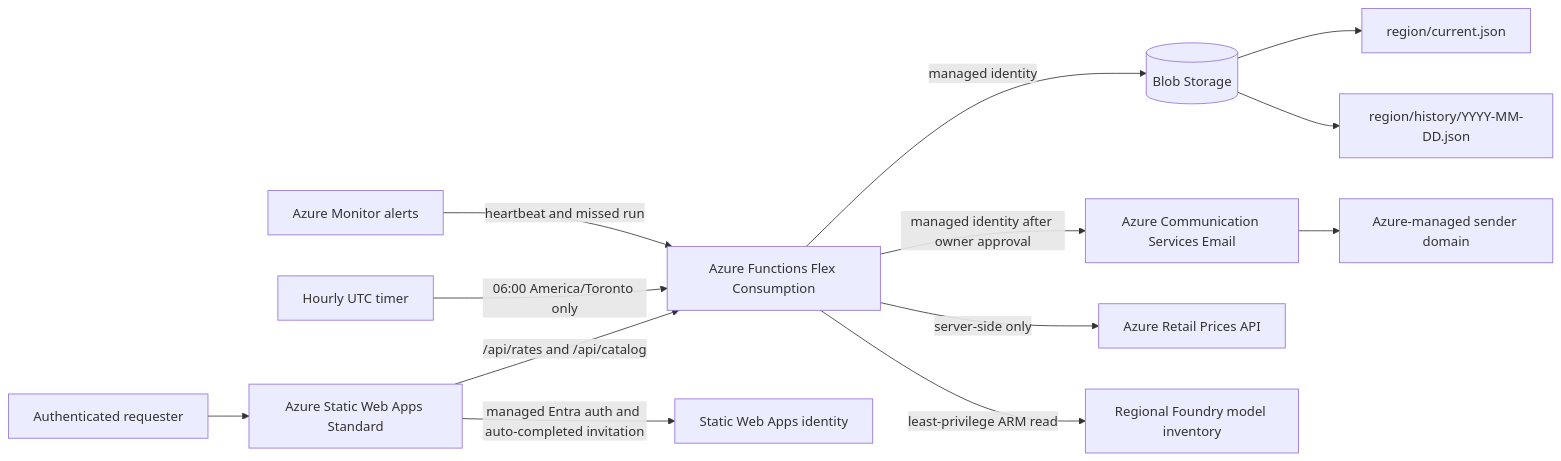
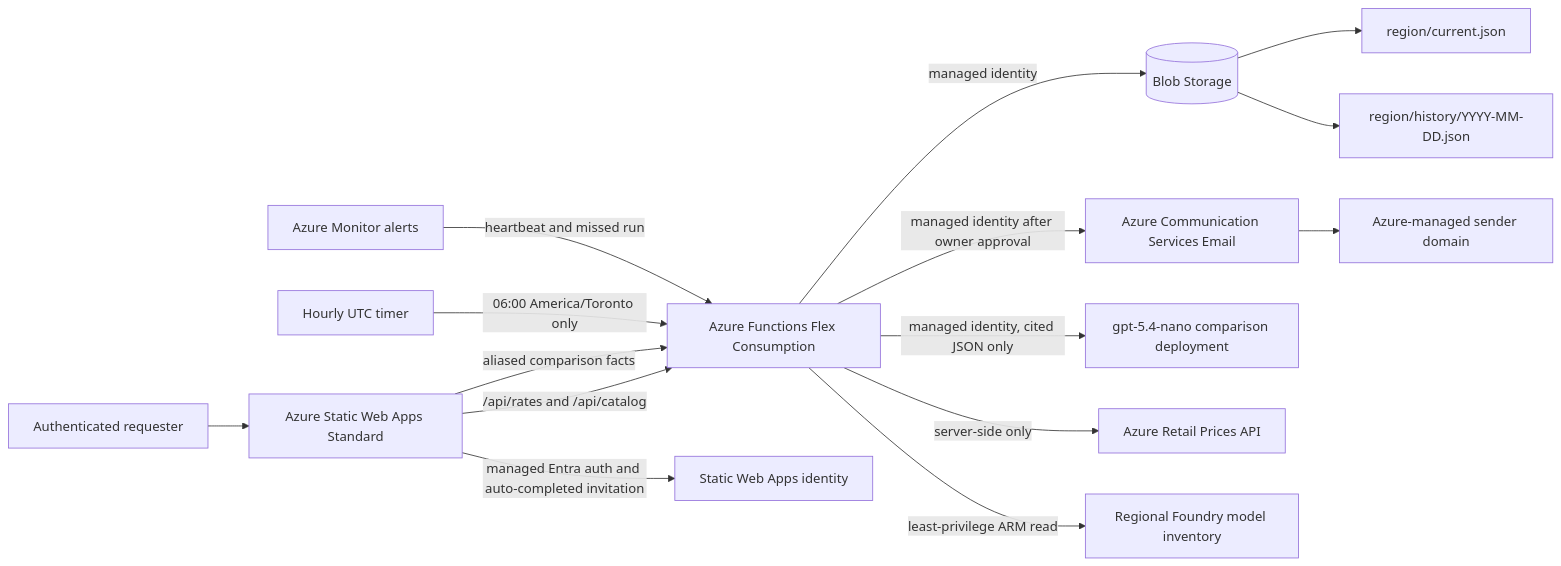
One commit to ritwickmicrosoft/foundry-cost-lab changed the diagram in README.md. Above: the diagram before and after it, drawn with Mermaid. The commit also changed other lines of this file and 27 other files, not shown here.

````diff
--- a/README.md
+++ b/README.md
@@ -34,15 +52,17 @@
 ```mermaid
 flowchart LR
   User[Authenticated requester] --> SWA[Azure Static Web Apps Standard]
   SWA -->|/api/rates and /api/catalog| API[Azure Functions Flex Consumption]
   SWA -->|managed Entra auth and auto-completed invitation| Identity[Static Web Apps identity]
   API -->|managed identity| Blob[(Blob Storage)]
   API -->|managed identity after owner approval| ACS[Azure Communication Services Email]
+  SWA -->|aliased comparison facts| API
+  API -->|managed identity, cited JSON only| Model[gpt-5.4-nano comparison deployment]
   ACS --> ManagedDomain[Azure-managed sender domain]
   Timer[Hourly UTC timer] -->|06:00 America/Toronto only| API
   API -->|server-side only| Retail[Azure Retail Prices API]
   API -->|least-privilege ARM read| Catalog[Regional Foundry model inventory]
   Monitor[Azure Monitor alerts] -->|heartbeat and missed run| API
   Blob --> Current[region/current.json]
   Blob --> History[region/history/YYYY-MM-DD.json]
 ```
````
